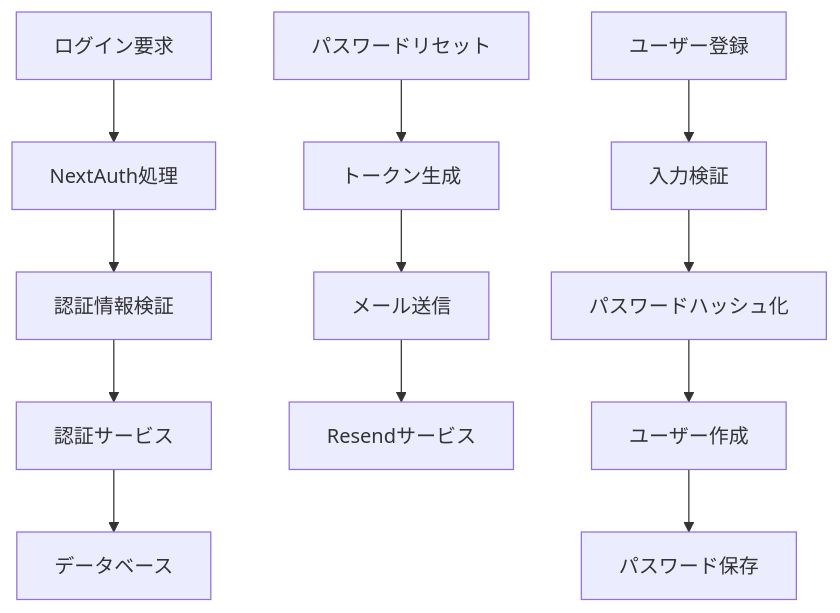
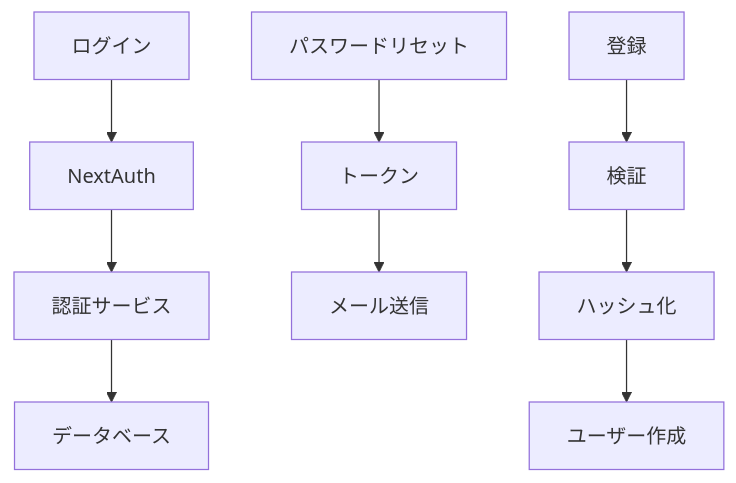
One commit to DevRyuki/todo-with-cline changed the fifth of 5 diagrams in memory-bank/systemPatterns.md. Above: the diagram before and after it, drawn with Mermaid. The commit also changed other lines of this file and 5 other files, not shown here.

````diff
--- a/memory-bank/systemPatterns.md
+++ b/memory-bank/systemPatterns.md
@@ -166,16 +85,13 @@
 ```mermaid
 flowchart TD
-    Login[ログイン要求] --> NextAuth[NextAuth処理]
-    NextAuth --> Credentials[認証情報検証]
-    Credentials --> AuthService[認証サービス]
+    Login[ログイン] --> NextAuth[NextAuth]
+    NextAuth --> AuthService[認証サービス]
     AuthService --> DB[データベース]
     
-    Reset[パスワードリセット] --> Token[トークン生成]
+    Reset[パスワードリセット] --> Token[トークン]
     Token --> Email[メール送信]
-    Email --> Resend[Resendサービス]
     
-    Register[ユーザー登録] --> Validate[入力検証]
-    Validate --> Hash[パスワードハッシュ化]
+    Register[登録] --> Validate[検証]
+    Validate --> Hash[ハッシュ化]
     Hash --> CreateUser[ユーザー作成]
-    CreateUser --> StorePassword[パスワード保存]
 ```
````
